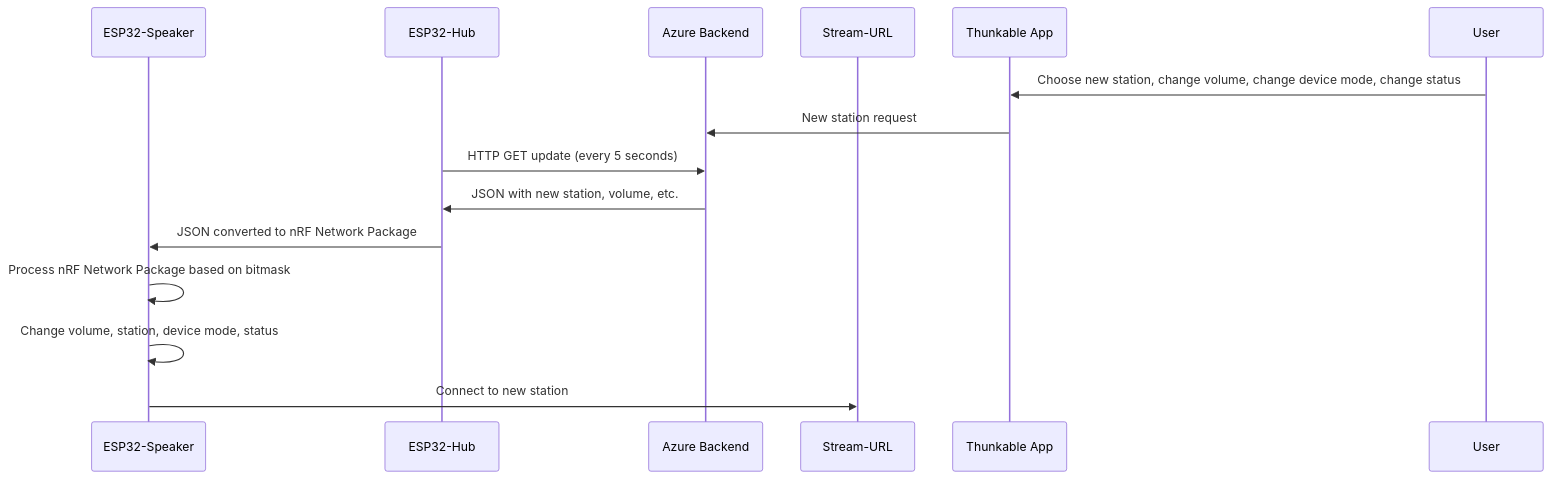
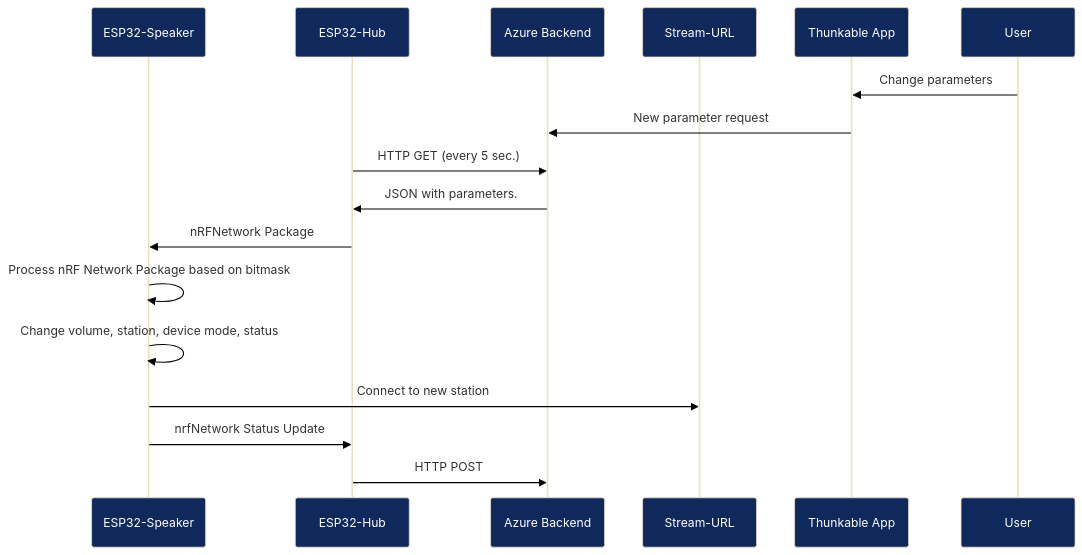
One commit to AndreasNielsen4000/Group-7-IoT-Project changed the fifth of 5 diagrams in flowchart.md. Above: the diagram before and after it, drawn with Mermaid. The commit also changed 3 other files, not shown here.

Commit message:
Minor improvements and updated flowchart

````diff
--- a/flowchart.md
+++ b/flowchart.md
@@ -113,17 +113,20 @@
 ```mermaid
+%%{init: {'theme': 'base', 'themeVariables': { 'actorBkg': '#0f295d', 'actorTextColor': '#FFFFFF','signalColor': '#000000'}}}%%
 sequenceDiagram
     participant ESP32-Speaker
     participant ESP32-Hub
     participant Azure Backend
     participant Stream-URL
     participant Thunkable App
     participant User
-    User->>Thunkable App: Choose new station, change volume, change device mode, change status
-    Thunkable App->>Azure Backend: New station request
-    ESP32-Hub->>Azure Backend: HTTP GET update (every 5 seconds)
-    Azure Backend->>ESP32-Hub: JSON with new station, volume, etc.
-    ESP32-Hub->>ESP32-Speaker: JSON converted to nRF Network Package
+    User->>Thunkable App: Change parameters
+    Thunkable App->>Azure Backend: New parameter request
+    ESP32-Hub->>Azure Backend: HTTP GET (every 5 sec.)
+    Azure Backend->>ESP32-Hub: JSON with parameters.
+    ESP32-Hub->>ESP32-Speaker: nRFNetwork Package
     ESP32-Speaker->>ESP32-Speaker: Process nRF Network Package based on bitmask
     ESP32-Speaker->>ESP32-Speaker: Change volume, station, device mode, status
     ESP32-Speaker->>Stream-URL: Connect to new station
+    ESP32-Speaker->>ESP32-Hub: nrfNetwork Status Update
+    ESP32-Hub->>Azure Backend: HTTP POST
 ```
````
